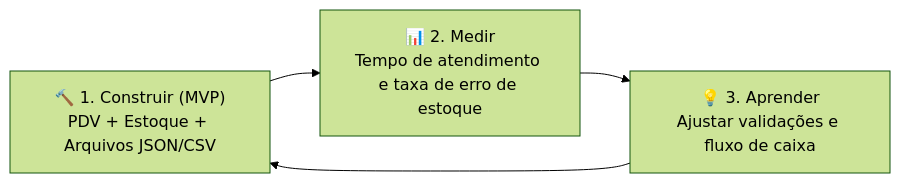
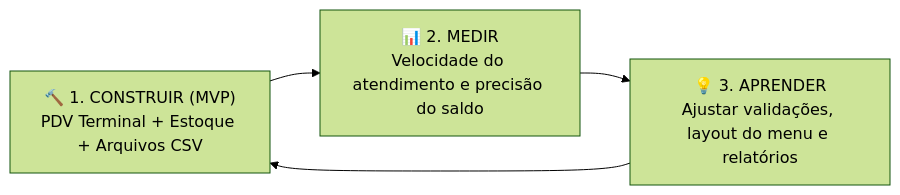
Before and after one commit to kawezito/projeto-mauricio-segundo-periodo: the second of 2 diagrams in docs/casos_de_uso_mvp.md, drawn with Mermaid (forest theme). The commit also changed other lines of this file and 36 other files, not shown here.

````diff
--- a/docs/casos_de_uso_mvp.md
+++ b/docs/casos_de_uso_mvp.md
@@ -227,6 +258,6 @@
 ```mermaid
 graph LR
-    C["🔨 1. Construir (MVP)<br/>PDV + Estoque + Arquivos JSON/CSV"] --> M["📊 2. Medir<br/>Tempo de atendimento e taxa de erro de estoque"]
-    M --> A["💡 3. Aprender<br/>Ajustar validações e fluxo de caixa"]
+    C["🔨 1. CONSTRUIR (MVP)<br/>PDV Terminal + Estoque + Arquivos CSV"] --> M["📊 2. MEDIR<br/>Velocidade do atendimento e precisão do saldo"]
+    M --> A["💡 3. APRENDER<br/>Ajustar validações, layout do menu e relatórios"]
     A --> C
 ```
````
